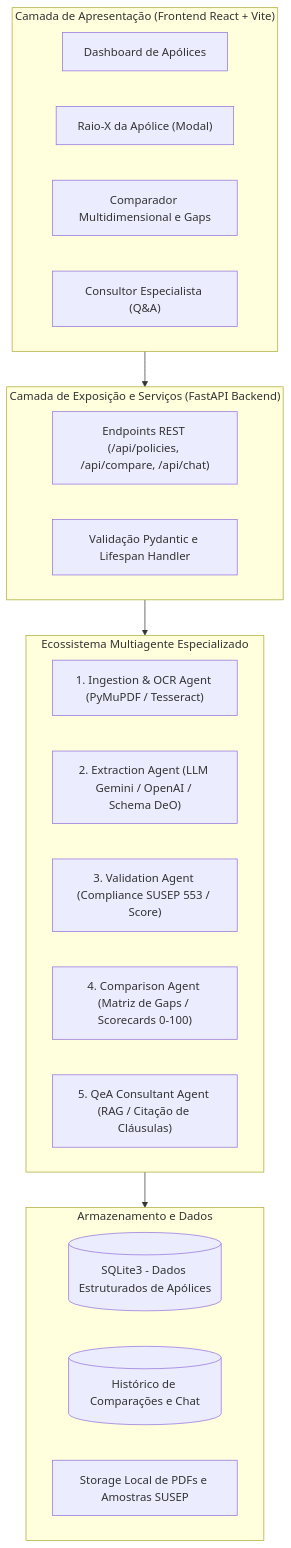
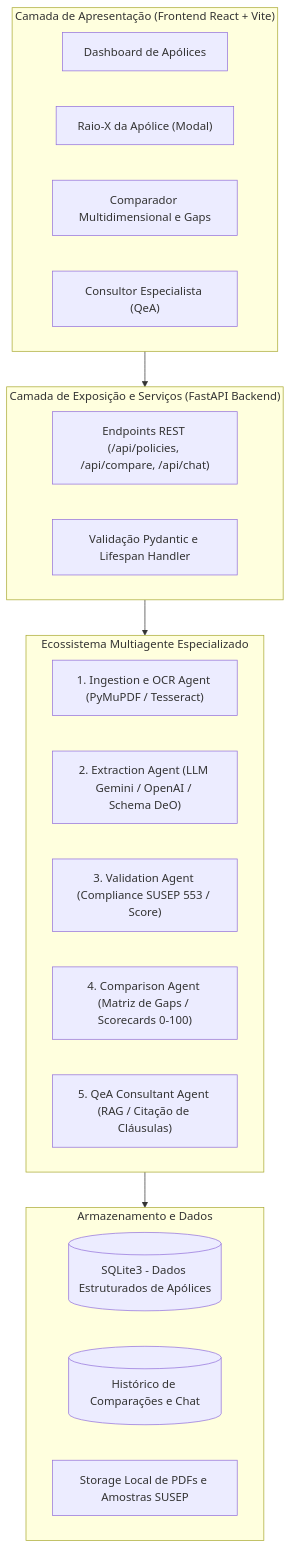
Before and after one commit to diogodmsena/insurminds-apolice-360: the diagram in README.md, drawn with Mermaid.

Commit message:
docs: update README diagram labels

````diff
--- a/README.md
+++ b/README.md
@@ -31,32 +31,32 @@
 ```mermaid
 flowchart TD
     subgraph UI["Camada de Apresentação (Frontend React + Vite)"]
         A1["Dashboard de Apólices"]
         A2["Raio-X da Apólice (Modal)"]
         A3["Comparador Multidimensional e Gaps"]
-        A4["Consultor Especialista (Q&A)"]
+        A4["Consultor Especialista (QeA)"]
     end
 
     subgraph API["Camada de Exposição e Serviços (FastAPI Backend)"]
         B1["Endpoints REST (/api/policies, /api/compare, /api/chat)"]
         B2["Validação Pydantic e Lifespan Handler"]
     end
 
     subgraph AGENTS["Ecossistema Multiagente Especializado"]
-        C1["1. Ingestion & OCR Agent (PyMuPDF / Tesseract)"]
+        C1["1. Ingestion e OCR Agent (PyMuPDF / Tesseract)"]
         C2["2. Extraction Agent (LLM Gemini / OpenAI / Schema DeO)"]
         C3["3. Validation Agent (Compliance SUSEP 553 / Score)"]
         C4["4. Comparison Agent (Matriz de Gaps / Scorecards 0-100)"]
         C5["5. QeA Consultant Agent (RAG / Citação de Cláusulas)"]
     end
 
     subgraph PERSISTENCE["Armazenamento e Dados"]
         D1[("SQLite3 - Dados Estruturados de Apólices")]
         D2[("Histórico de Comparações e Chat")]
         D3["Storage Local de PDFs e Amostras SUSEP"]
     end
 
     UI --> API
     API --> AGENTS
     AGENTS --> PERSISTENCE
 ```
````
